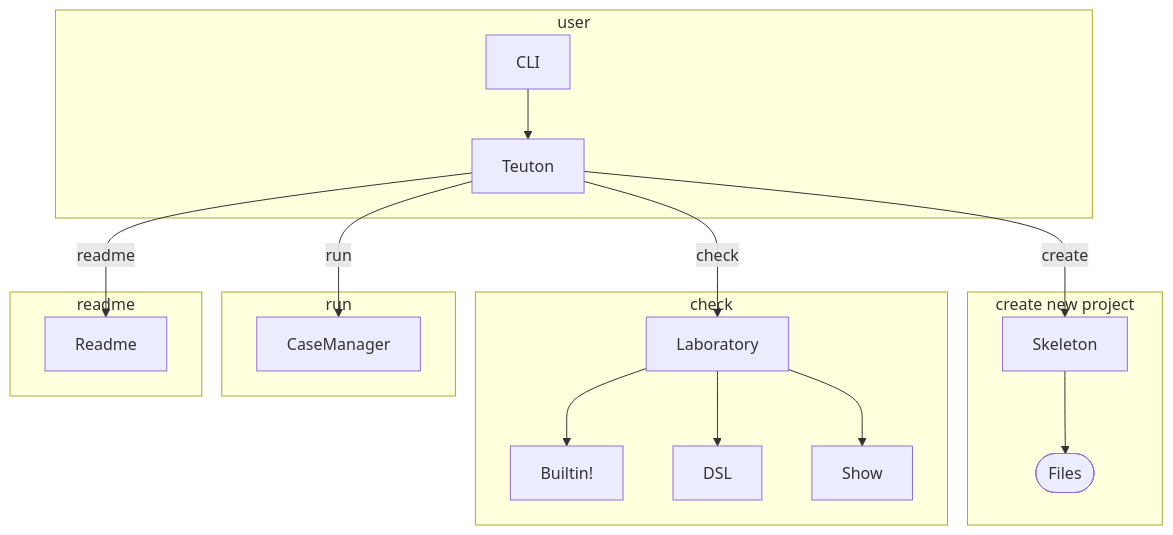
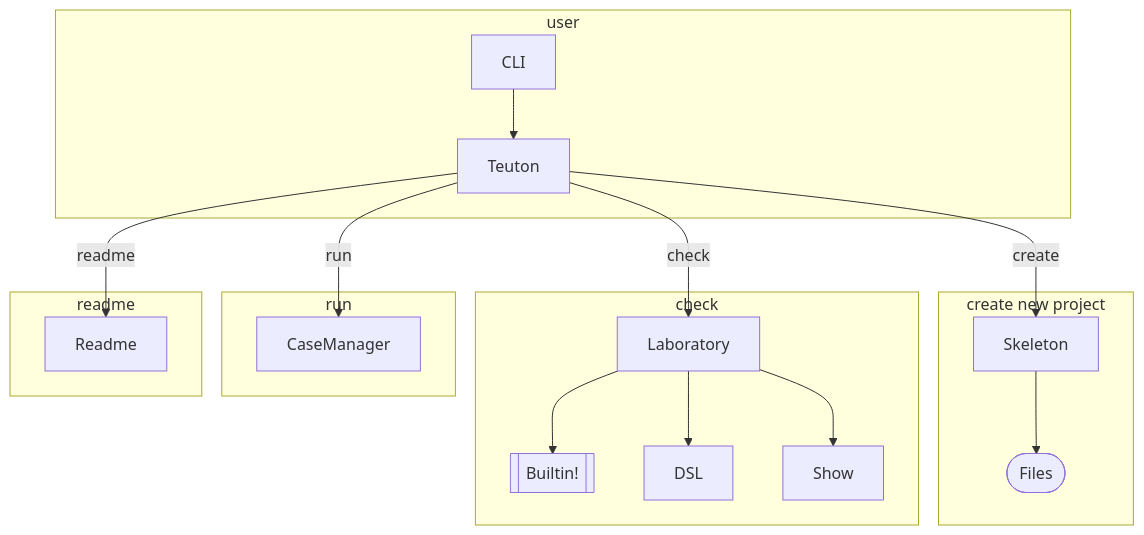
One commit to teuton-software/teuton changed the diagram in docs/diagram.md. Above: the diagram before and after it, drawn with Mermaid.

````diff
--- a/docs/diagram.md
+++ b/docs/diagram.md
@@ -5,27 +5,27 @@
 ```mermaid
 flowchart TB
 
 subgraph user
   CLI --> Teuton
 end
 
 subgraph "create new project"
   Teuton -- create --> Skeleton
   Skeleton --> Files([Files])
 end
 
 subgraph check
   Teuton -- check --> Laboratory
-  Laboratory --> Builtin[Builtin!]
+  Laboratory --> Builtin[[Builtin!]]
   Laboratory --> DSL
   Laboratory --> Show  
 end
 
 subgraph run
   Teuton -- run --> CaseManager
 end
 
 subgraph readme
   Teuton -- readme --> Readme
 end
 ```
````
